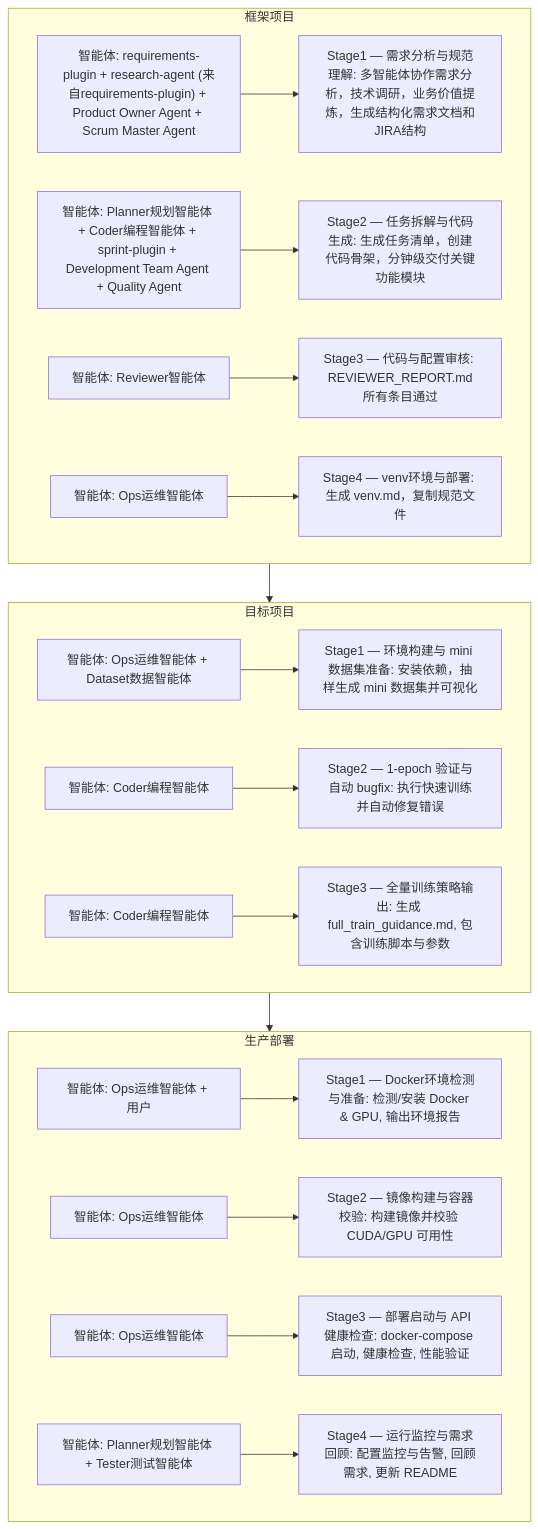
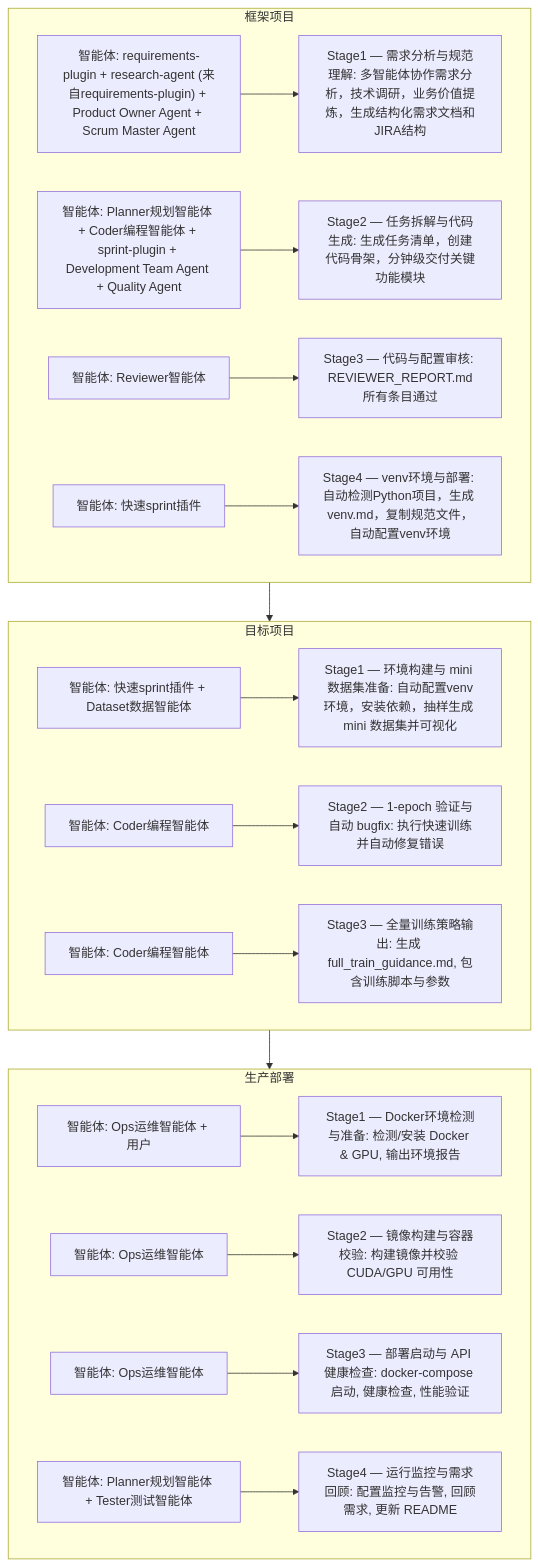
Diagram 15 of 15 in README.md (ouyangshixiong/context-engineering-zh), drawn with Mermaid before and after one commit. The commit also changed other lines of this file and 1 other file, not shown here.

````diff
--- a/README.md
+++ b/README.md
@@ -795,60 +800,60 @@
 ```mermaid
 flowchart TD
 
     %% ================= 框架项目 =================
     subgraph F1["框架项目"]
 
         S1_who["智能体: requirements-plugin + research-agent (来自requirements-plugin) + Product Owner Agent + Scrum Master Agent"]
         S1_desc["Stage1 — 需求分析与规范理解: 多智能体协作需求分析，技术调研，业务价值提炼，生成结构化需求文档和JIRA结构"]
         S2_who["智能体: Planner规划智能体 + Coder编程智能体 + sprint-plugin + Development Team Agent + Quality Agent"]
         S2_desc["Stage2 — 任务拆解与代码生成: 生成任务清单，创建代码骨架，分钟级交付关键功能模块"]
         S3_who["智能体: Reviewer智能体"]
         S3_desc["Stage3 — 代码与配置审核: REVIEWER_REPORT.md所有条目通过"]
-        S4_who["智能体: Ops运维智能体"]
-        S4_desc["Stage4 — venv环境与部署: 生成 venv.md，复制规范文件"]
+        S4_who["智能体: 快速sprint插件"]
+        S4_desc["Stage4 — venv环境与部署: 自动检测Python项目，生成 venv.md，复制规范文件，自动配置venv环境"]
 
         S1_who --> S1_desc
         S2_who --> S2_desc
         S3_who --> S3_desc
         S4_who --> S4_desc
 
     end
 
     %% ================= 目标项目 =================
     subgraph F2["目标项目"]
 
-        S6_who["智能体: Ops运维智能体 + Dataset数据智能体"]
-        S6_desc["Stage1 — 环境构建与 mini 数据集准备: 安装依赖，抽样生成 mini 数据集并可视化"]
+        S6_who["智能体: 快速sprint插件 + Dataset数据智能体"]
+        S6_desc["Stage1 — 环境构建与 mini 数据集准备: 自动配置venv环境，安装依赖，抽样生成 mini 数据集并可视化"]
         S7_who["智能体: Coder编程智能体"]
         S7_desc["Stage2 — 1-epoch 验证与自动 bugfix: 执行快速训练并自动修复错误"]
         S8_who["智能体: Coder编程智能体"]
         S8_desc["Stage3 — 全量训练策略输出: 生成 full_train_guidance.md, 包含训练脚本与参数"]
 
         S6_who --> S6_desc
         S7_who --> S7_desc
         S8_who --> S8_desc
 
     end
 
     %% ================= 生产部署 =================
     subgraph F3["生产部署"]
 
         S9_who["智能体: Ops运维智能体 + 用户"]
         S9_desc["Stage1 — Docker环境检测与准备: 检测/安装 Docker & GPU, 输出环境报告"]
         S10_who["智能体: Ops运维智能体"]
         S10_desc["Stage2 — 镜像构建与容器校验: 构建镜像并校验 CUDA/GPU 可用性"]
         S11_who["智能体: Ops运维智能体"]
         S11_desc["Stage3 — 部署启动与 API 健康检查: docker-compose 启动, 健康检查, 性能验证"]
         S12_who["智能体: Planner规划智能体 + Tester测试智能体"]
         S12_desc["Stage4 — 运行监控与需求回顾: 配置监控与告警, 回顾需求, 更新 README"]
 
         S9_who --> S9_desc
         S10_who --> S10_desc
         S11_who --> S11_desc
         S12_who --> S12_desc
 
     end
 
     F1 --> F2 --> F3
 
 ```
````
